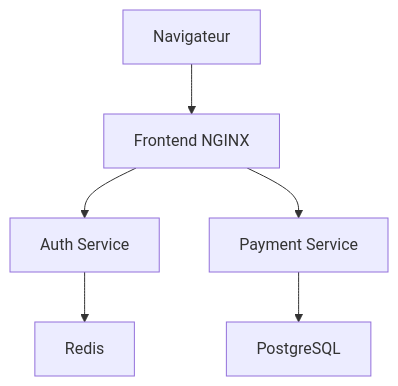
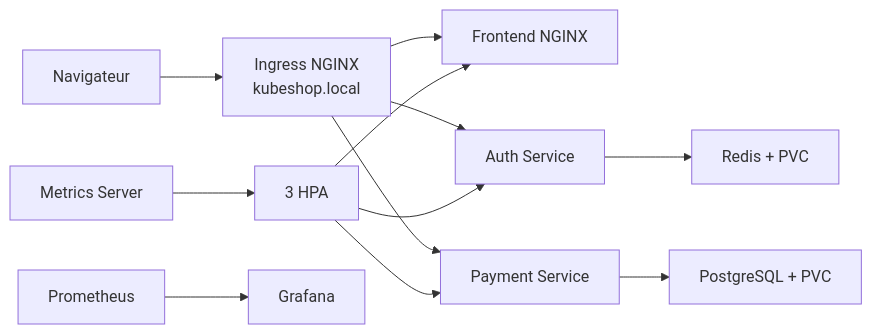
The diagram in README.md (SYou-dataengineer/kubeshop), drawn with Mermaid before and after one commit. The commit also changed other lines of this file, not shown here.

````diff
--- a/README.md
+++ b/README.md
@@ -38,8 +45,14 @@
 ```mermaid
-flowchart TD
-    U["Navigateur"] --> F["Frontend NGINX"]
-    F --> A["Auth Service"]
-    F --> P["Payment Service"]
-    A --> R["Redis"]
-    P --> D["PostgreSQL"]
+flowchart LR
+    U["Navigateur"] --> I["Ingress NGINX\nkubeshop.local"]
+    I --> F["Frontend NGINX"]
+    I --> A["Auth Service"]
+    I --> P["Payment Service"]
+    A --> R["Redis + PVC"]
+    P --> D["PostgreSQL + PVC"]
+    M["Metrics Server"] --> H["3 HPA"]
+    H --> F
+    H --> A
+    H --> P
+    PR["Prometheus"] --> G["Grafana"]
 ```
````
